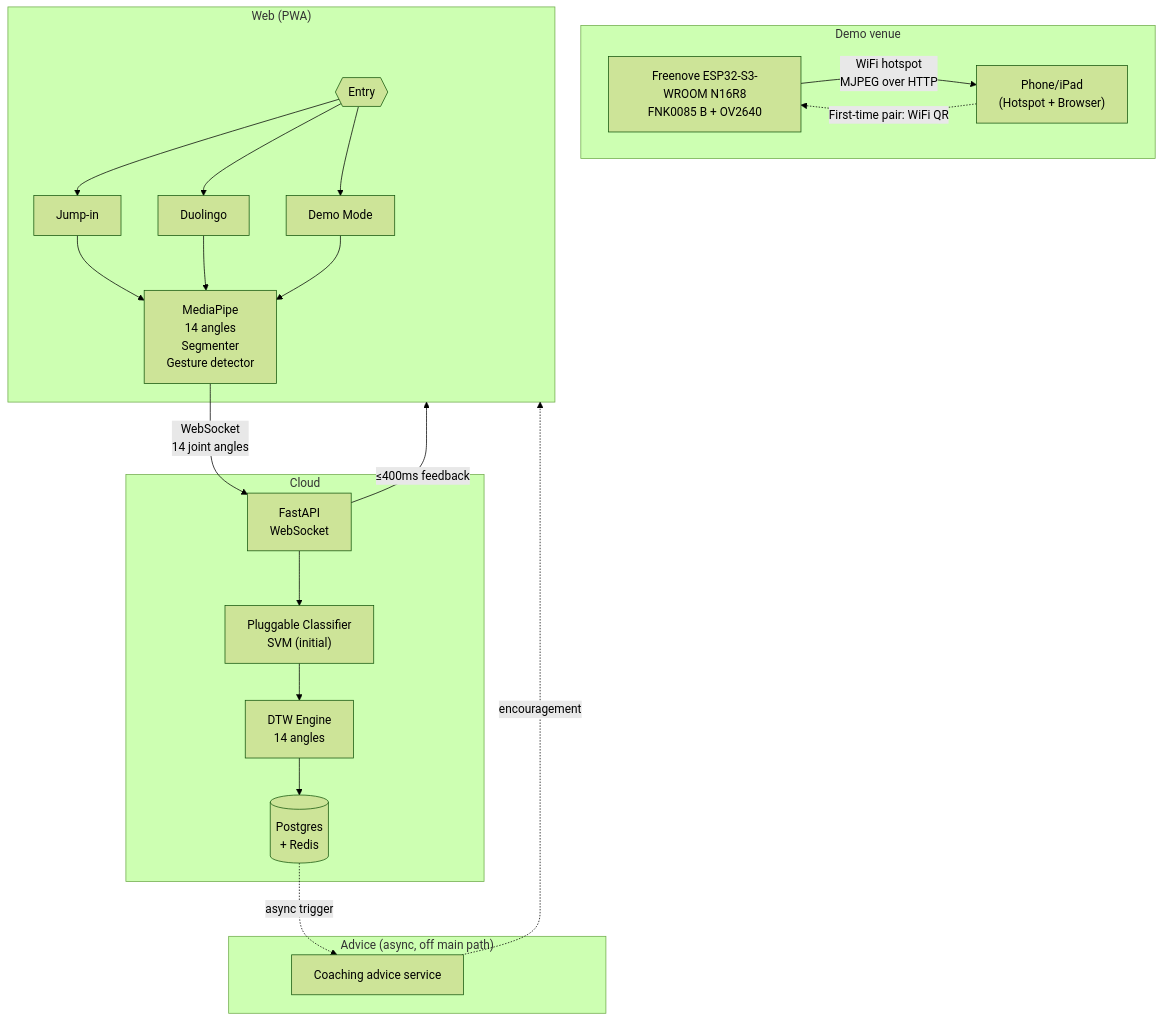
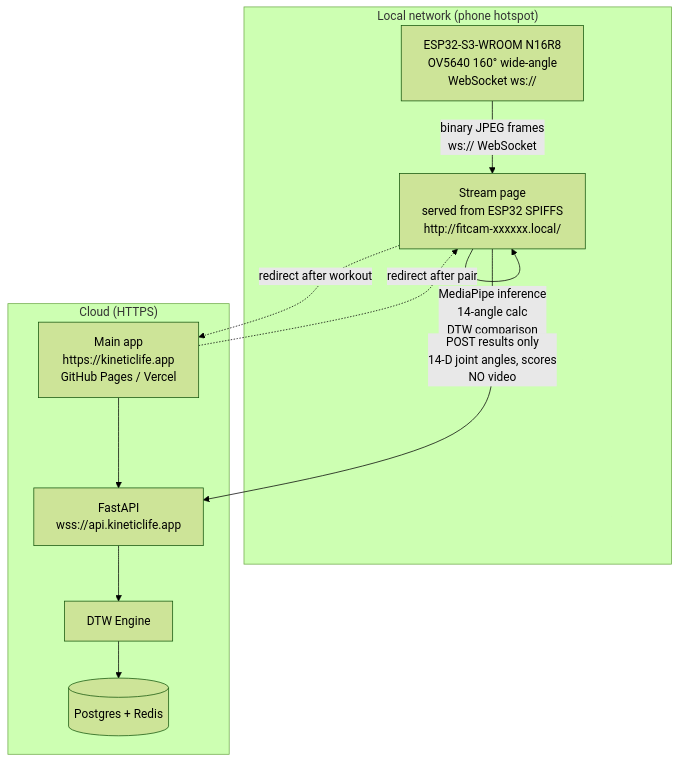
Before and after one commit to Dennis-T-cloud/KineticLife-: the first of 2 diagrams in docs/00_System_Overview.md, drawn with Mermaid (forest theme). The commit also changed other lines of this file and 12 other files, not shown here.

````diff
--- a/docs/00_System_Overview.md
+++ b/docs/00_System_Overview.md
@@ -35,36 +37,21 @@
 ```mermaid
 flowchart TB
-    subgraph Home["Demo venue"]
-        ESP["Freenove ESP32-S3-WROOM N16R8<br/>FNK0085 B + OV2640"]
-        Phone["Phone/iPad<br/>(Hotspot + Browser)"]
-        ESP -- "WiFi hotspot<br/>MJPEG over HTTP" --> Phone
-        Phone -. "First-time pair: WiFi QR" .-> ESP
+    subgraph Local["Local network (phone hotspot)"]
+        ESP["ESP32-S3-WROOM N16R8<br/>OV5640 160° wide-angle<br/>WebSocket ws://"]
+        StreamPage["Stream page<br/>served from ESP32 SPIFFS<br/>http://fitcam-xxxxxx.local/"]
+        ESP -- "binary JPEG frames<br/>ws:// WebSocket" --> StreamPage
+        StreamPage -- "MediaPipe inference<br/>14-angle calc<br/>DTW comparison" --> StreamPage
     end
 
-    subgraph PhoneWeb["Web (PWA)"]
-        Entry{{"Entry"}}
-        Entry --> Jump["Jump-in"]
-        Entry --> Duo["Duolingo"]
-        Entry --> Demo["Demo Mode"]
-        Core["MediaPipe<br/>14 angles<br/>Segmenter<br/>Gesture detector"]
-        Jump & Duo & Demo --> Core
+    subgraph Cloud["Cloud (HTTPS)"]
+        MainApp["Main app<br/>https://kineticlife.app<br/>GitHub Pages / Vercel"]
+        API["FastAPI<br/>wss://api.kineticlife.app"]
+        DTW["DTW Engine"]
+        DB[("Postgres + Redis")]
+        MainApp --> API --> DTW --> DB
     end
 
-    subgraph Cloud["Cloud"]
-        GW["FastAPI<br/>WebSocket"]
-        Cls["Pluggable Classifier<br/>SVM (initial)"]
-        DTW["DTW Engine<br/>14 angles"]
-        DB[("Postgres<br/>+ Redis")]
-        GW --> Cls --> DTW
-        DTW --> DB
-    end
-
-    subgraph Advice["Advice (async, off main path)"]
-        Coach["Coaching advice service"]
-    end
-
-    Core -- "WebSocket<br/>14 joint angles" --> GW
-    GW -- "≤400ms feedback" --> PhoneWeb
-    DB -. "async trigger" .-> Coach
-    Coach -. "encouragement" .-> PhoneWeb
+    StreamPage -- "POST results only<br/>14-D joint angles, scores<br/>NO video" --> API
+    MainApp -. "redirect after pair" .-> StreamPage
+    StreamPage -. "redirect after workout" .-> MainApp
 ```
````
